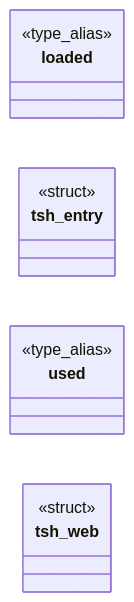
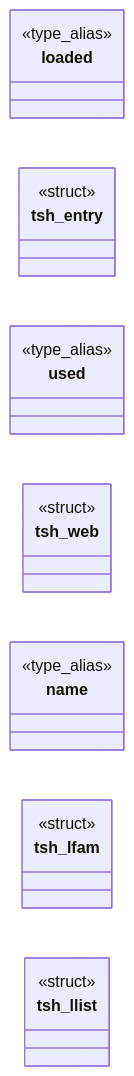
One commit to grisuno/FreeDom changed the first of 2 diagrams in readmenator-apidocs/modules/src.text_shape.c.md. Above: the diagram before and after it, drawn with Mermaid. The commit also changed other lines of this file and 323 other files, not shown here.

````diff
--- a/readmenator-apidocs/modules/src.text_shape.c.md
+++ b/readmenator-apidocs/modules/src.text_shape.c.md
@@ -14,12 +14,18 @@
 ```mermaid
 classDiagram
     direction LR
     class loaded
     <<type_alias>> loaded
     class tsh_entry
     <<struct>> tsh_entry
     class used
     <<type_alias>> used
     class tsh_web
     <<struct>> tsh_web
+    class name
+    <<type_alias>> name
+    class tsh_lfam
+    <<struct>> tsh_lfam
+    class tsh_llist
+    <<struct>> tsh_llist
 ```
````
